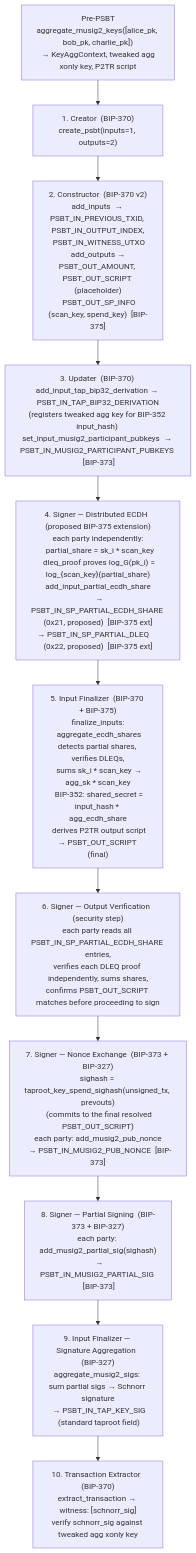
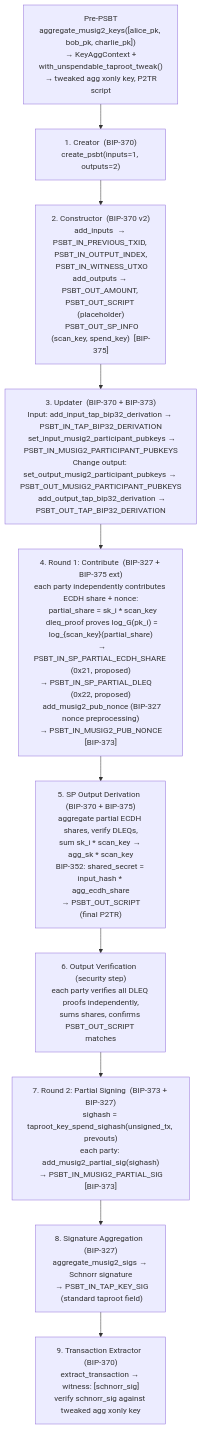
The diagram in rust/examples/musig2-signer/README.md (macgyver13/bip375-examples), drawn with Mermaid before and after one commit. The commit also changed other lines of this file and 9 other files, not shown here.

````diff
--- a/rust/examples/musig2-signer/README.md
+++ b/rust/examples/musig2-signer/README.md
@@ -21,58 +20,56 @@
 ```mermaid
 flowchart TD
 PRE["Pre-PSBT
 aggregate_musig2_keys([alice_pk, bob_pk, charlie_pk])
- → KeyAggContext, tweaked agg xonly key, P2TR script"]
+ → KeyAggContext + with_unspendable_taproot_tweak()
+ → tweaked agg xonly key, P2TR script"]
 
 S1["1. Creator  (BIP-370)
 create_psbt(inputs=1, outputs=2)"]
 
 S2["2. Constructor  (BIP-370 v2)
 add_inputs  → PSBT_IN_PREVIOUS_TXID, PSBT_IN_OUTPUT_INDEX,
- PSBT_IN_WITNESS_UTXO\n add_outputs → PSBT_OUT_AMOUNT, PSBT_OUT_SCRIPT (placeholder)
+ PSBT_IN_WITNESS_UTXO
+add_outputs → PSBT_OUT_AMOUNT, PSBT_OUT_SCRIPT (placeholder)
   PSBT_OUT_SP_INFO (scan_key, spend_key)  [BIP-375]"]
 
-S3["3. Updater  (BIP-370) 
-add_input_tap_bip32_derivation → PSBT_IN_TAP_BIP32_DERIVATION
-(registers tweaked agg key for BIP-352 input_hash) set_input_musig2_participant_pubkeys  → PSBT_IN_MUSIG2_PARTICIPANT_PUBKEYS  [BIP-373]"]
+S3["3. Updater  (BIP-370 + BIP-373)
+Input: add_input_tap_bip32_derivation → PSBT_IN_TAP_BIP32_DERIVATION
+  set_input_musig2_participant_pubkeys → PSBT_IN_MUSIG2_PARTICIPANT_PUBKEYS
+Change output: set_output_musig2_participant_pubkeys → PSBT_OUT_MUSIG2_PARTICIPANT_PUBKEYS
+  add_output_tap_bip32_derivation → PSBT_OUT_TAP_BIP32_DERIVATION"]
 
-    S4["4. Signer — Distributed ECDH  (proposed BIP-375 extension)
-each party independently:
+S4["4. Round 1: Contribute  (BIP-327 + BIP-375 ext)
+each party independently contributes ECDH share + nonce:
   partial_share = sk_i * scan_key
   dleq_proof proves log_G(pk_i) = log_{scan_key}(partial_share)
-add_input_partial_ecdh_share
-  → PSBT_IN_SP_PARTIAL_ECDH_SHARE (0x21, proposed)  [BIP-375 ext]
-  → PSBT_IN_SP_PARTIAL_DLEQ       (0x22, proposed)  [BIP-375 ext]"]
-
-    S5["5. Input Finalizer  (BIP-370 + BIP-375)
-finalize_inputs:
-  aggregate_ecdh_shares detects partial shares, verifies DLEQs,
-  sums sk_i * scan_key → agg_sk * scan_key
-  BIP-352: shared_secret = input_hash * agg_ecdh_share
-  derives P2TR output script → PSBT_OUT_SCRIPT (final)"]
-
-    S6["6. Signer — Output Verification  (security step)
-each party reads all PSBT_IN_SP_PARTIAL_ECDH_SHARE entries,
-verifies each DLEQ proof independently, sums shares,
-confirms PSBT_OUT_SCRIPT matches before proceeding to sign"]
-
-    S7["7. Signer — Nonce Exchange  (BIP-373 + BIP-327)
-sighash = taproot_key_spend_sighash(unsigned_tx, prevouts)
-  (commits to the final resolved PSBT_OUT_SCRIPT)
-each party: add_musig2_pub_nonce
+  → PSBT_IN_SP_PARTIAL_ECDH_SHARE (0x21, proposed)
+  → PSBT_IN_SP_PARTIAL_DLEQ       (0x22, proposed)
+  add_musig2_pub_nonce (BIP-327 nonce preprocessing)
   → PSBT_IN_MUSIG2_PUB_NONCE  [BIP-373]"]
 
-    S8["8. Signer — Partial Signing  (BIP-373 + BIP-327)
+S5["5. SP Output Derivation  (BIP-370 + BIP-375)
+aggregate partial ECDH shares, verify DLEQs,
+sum sk_i * scan_key → agg_sk * scan_key
+BIP-352: shared_secret = input_hash * agg_ecdh_share
+ → PSBT_OUT_SCRIPT (final P2TR)"]
+
+S6["6. Output Verification  (security step)
+each party verifies all DLEQ proofs independently,
+sums shares, confirms PSBT_OUT_SCRIPT matches"]
+
+S7["7. Round 2: Partial Signing  (BIP-373 + BIP-327)
+sighash = taproot_key_spend_sighash(unsigned_tx, prevouts)
 each party: add_musig2_partial_sig(sighash)
   → PSBT_IN_MUSIG2_PARTIAL_SIG  [BIP-373]"]
 
-    S9["9. Input Finalizer — Signature Aggregation  (BIP-327)
-aggregate_musig2_sigs: sum partial sigs → Schnorr signature
+S8["8. Signature Aggregation  (BIP-327)
+aggregate_musig2_sigs → Schnorr signature
   → PSBT_IN_TAP_KEY_SIG  (standard taproot field)"]
 
-    S10["10. Transaction Extractor  (BIP-370)
+S9["9. Transaction Extractor  (BIP-370)
 extract_transaction → witness: [schnorr_sig]
 verify schnorr_sig against tweaked agg xonly key"]
 
-    PRE --> S1 --> S2 --> S3 --> S4 --> S5 --> S6 --> S7 --> S8 --> S9 --> S10
+PRE --> S1 --> S2 --> S3 --> S4 --> S5 --> S6 --> S7 --> S8 --> S9
 ```
````
